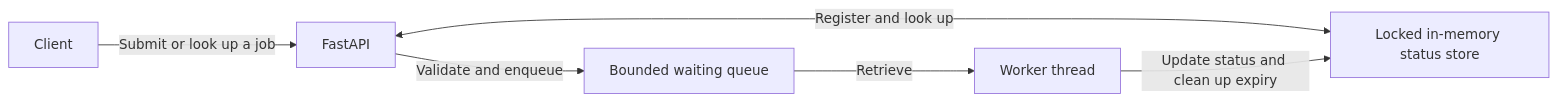
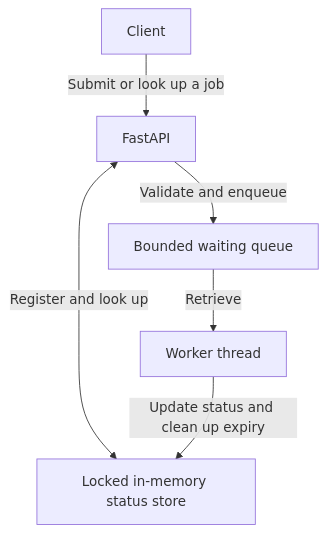
The diagram in README.md (Giftyaning/QueueGuard), drawn with Mermaid before and after one commit. The commit also changed other lines of this file and 1 other file, not shown here.

Commit message:
docs: simplified architecture section and improve diagram readability

````diff
--- a/README.md
+++ b/README.md
@@ -44,8 +42,8 @@
 ```mermaid
-flowchart LR
+flowchart TD
     Client -->|Submit or look up a job| API[FastAPI]
     API -->|Validate and enqueue| Queue[Bounded waiting queue]
     Queue -->|Retrieve| Worker[Worker thread]
     API <-->|Register and look up| Store[Locked in-memory status store]
     Worker -->|Update status and clean up expiry| Store
 ```
````
